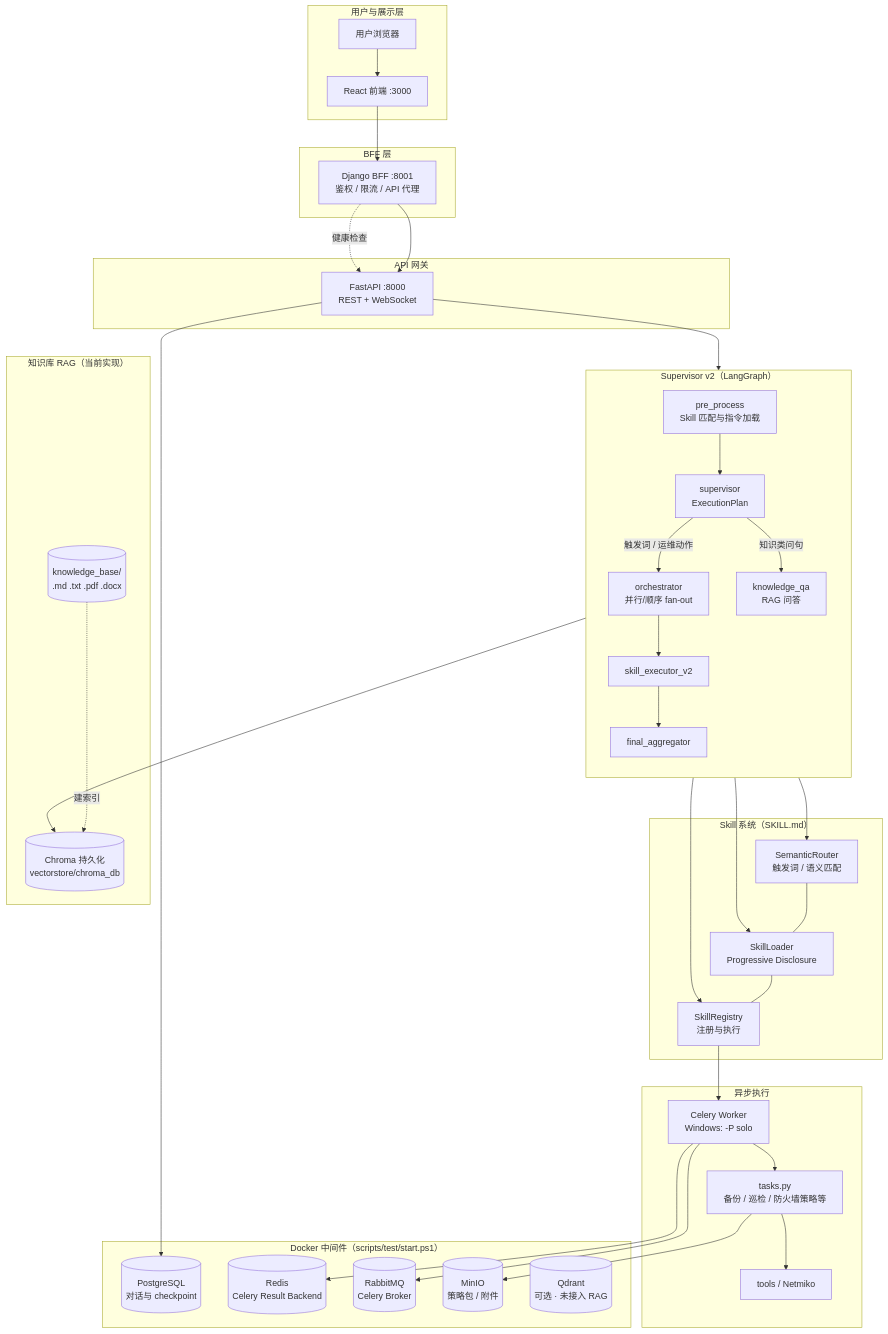
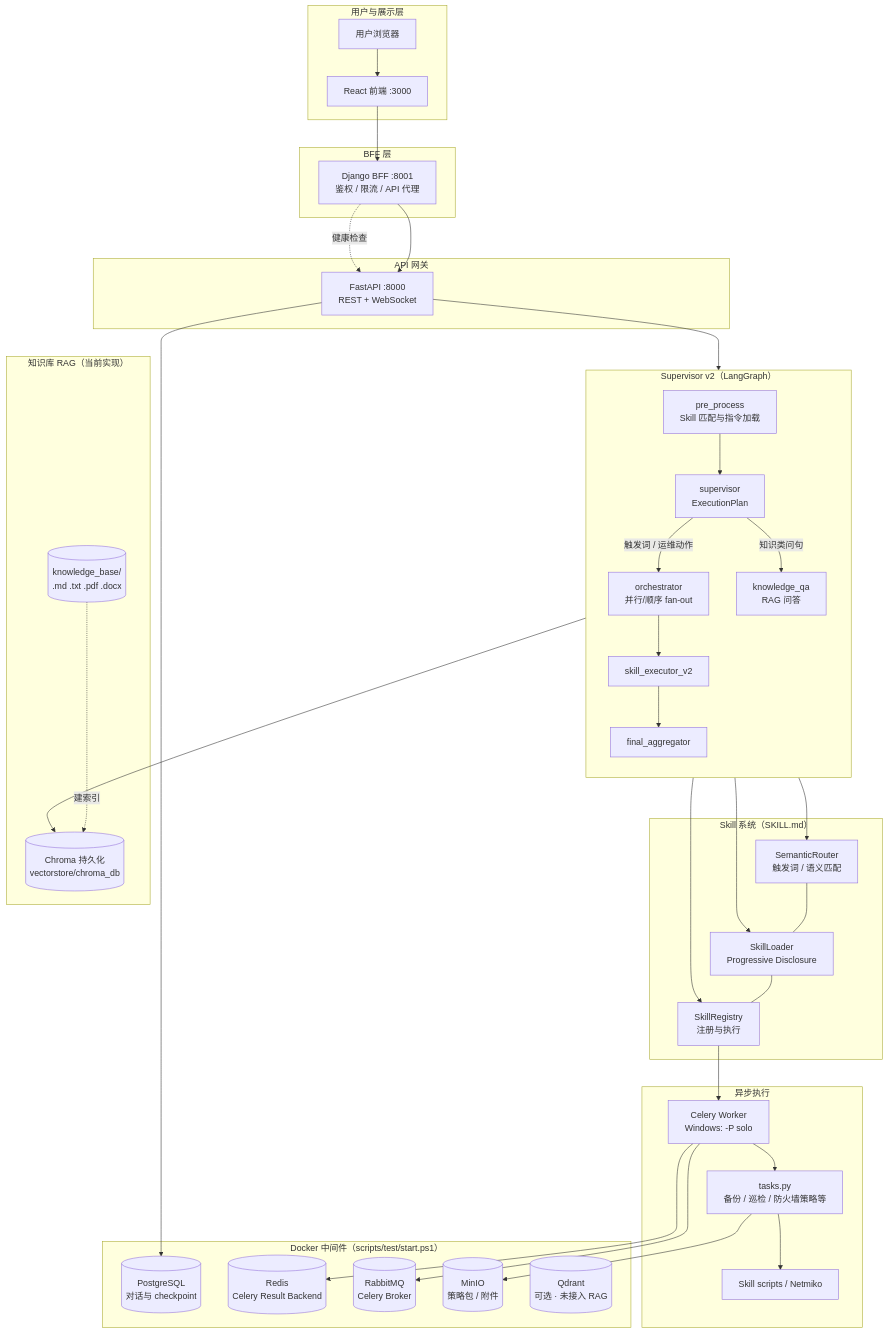
Before and after one commit to wd33757115/net-ops: the diagram in README.md, drawn with Mermaid. The commit also changed 45 other files, not shown here.

````diff
--- a/README.md
+++ b/README.md
@@ -9,70 +9,70 @@
 ```mermaid
 flowchart TB
     subgraph Client["用户与展示层"]
         User[用户浏览器]
         React["React 前端 :3000"]
     end
 
     subgraph BFF["BFF 层"]
         Django["Django BFF :8001<br/>鉴权 / 限流 / API 代理"]
     end
 
     subgraph Gateway["API 网关"]
         FastAPI["FastAPI :8000<br/>REST + WebSocket"]
     end
 
     subgraph SupervisorV2["Supervisor v2（LangGraph）"]
         direction TB
         Pre[pre_process<br/>Skill 匹配与指令加载]
         Sup[supervisor<br/>ExecutionPlan]
         Orch[orchestrator<br/>并行/顺序 fan-out]
         Exec[skill_executor_v2]
         Agg[final_aggregator]
         KQA[knowledge_qa<br/>RAG 问答]
         Pre --> Sup
         Sup -->|触发词 / 运维动作| Orch
         Sup -->|知识类问句| KQA
         Orch --> Exec --> Agg
     end
 
     subgraph SkillSys["Skill 系统（SKILL.md）"]
         Router[SemanticRouter<br/>触发词 / 语义匹配]
         Loader[SkillLoader<br/>Progressive Disclosure]
         Registry[SkillRegistry<br/>注册与执行]
         Router --- Loader
         Loader --- Registry
     end
 
     subgraph KB["知识库 RAG（当前实现）"]
         KBDir[("knowledge_base/<br/>.md .txt .pdf .docx")]
         Chroma[("Chroma 持久化<br/>vectorstore/chroma_db")]
         KBDir -.建索引.-> Chroma
         KQA --> Chroma
     end
 
     subgraph Async["异步执行"]
         Worker[Celery Worker<br/>Windows: -P solo]
         Tasks["tasks.py<br/>备份 / 巡检 / 防火墙策略等"]
-        Tools[tools / Netmiko]
-        Worker --> Tasks --> Tools
+        SkillScripts[Skill scripts / Netmiko]
+        Worker --> Tasks --> SkillScripts
     end
 
     subgraph Middleware["Docker 中间件（scripts/test/start.ps1）"]
         PG[("PostgreSQL<br/>对话与 checkpoint")]
         Redis[("Redis<br/>Celery Result Backend")]
         RMQ[("RabbitMQ<br/>Celery Broker")]
         MinIO[("MinIO<br/>策略包 / 附件")]
         Qdrant[("Qdrant<br/>可选 · 未接入 RAG")]
     end
 
     User --> React --> Django --> FastAPI
     FastAPI --> Pre
     Pre --> Router
     Pre --> Loader
     Exec --> Registry --> Worker
     Tasks --> MinIO
     FastAPI --> PG
     Worker --> RMQ
     Worker --> Redis
     Django -.健康检查.-> FastAPI
 ```
````
